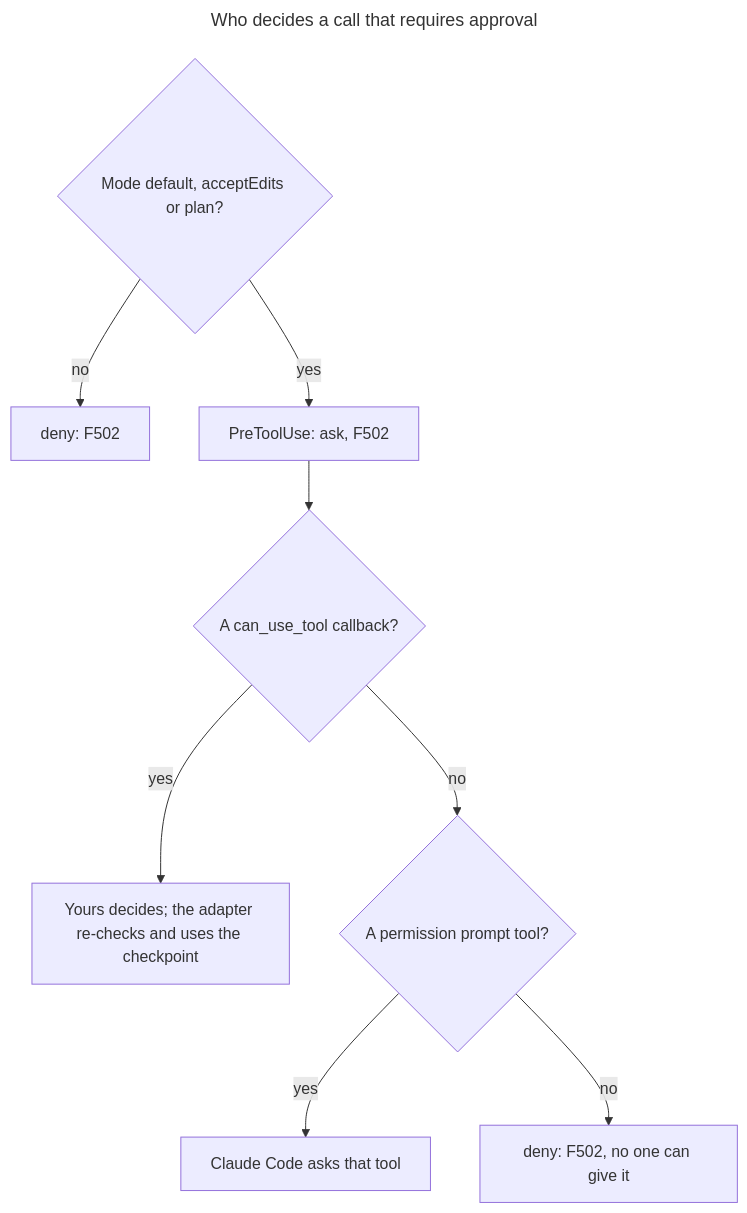
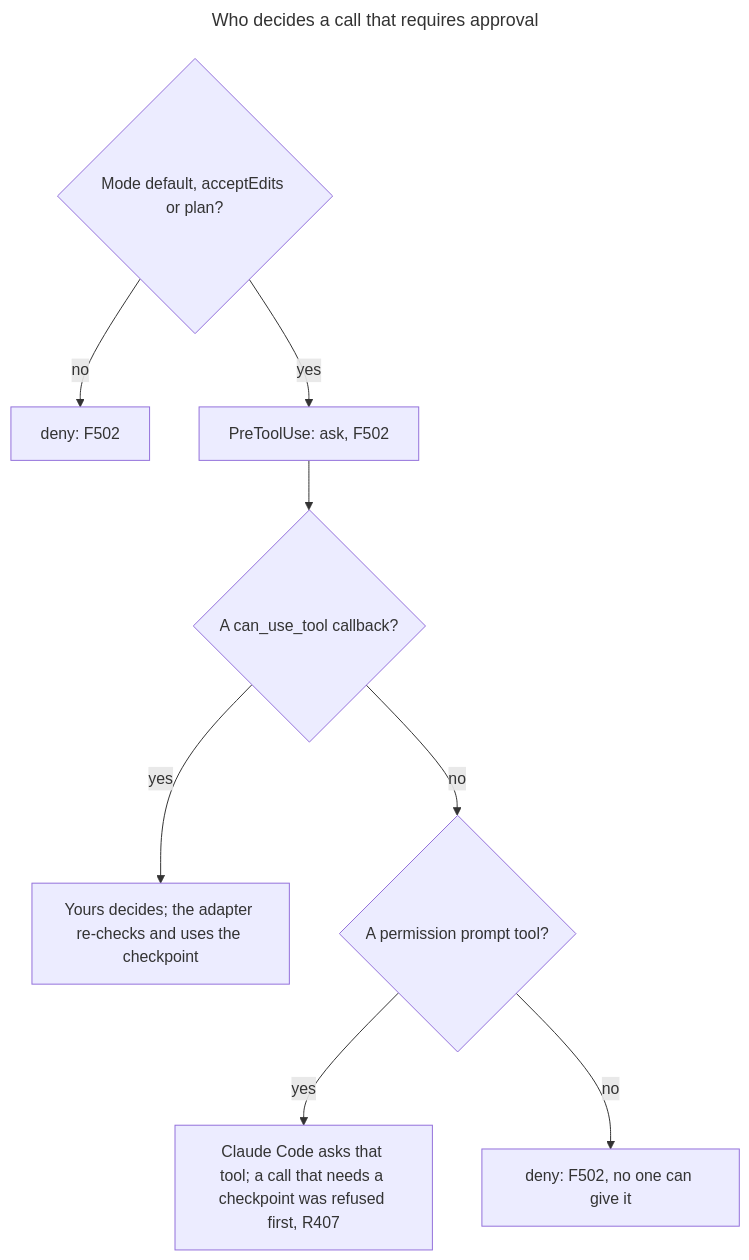
Before and after one commit to synaptiai/agent-capability-standard: the fifth of 8 diagrams in docs/integrations/claude_agent_sdk.md, drawn with Mermaid. The commit also changed other lines of this file and 19 other files, not shown here.

First line of the commit message:
fix(sdk): close security round 1's third batch on the adapter's scope, composites and approval

````diff
--- a/docs/integrations/claude_agent_sdk.md
+++ b/docs/integrations/claude_agent_sdk.md
@@ -431,14 +433,14 @@
 ```mermaid
 ---
 title: Who decides a call that requires approval
 ---
 flowchart TB
-  accDescr: In permission modes default, acceptEdits and plan, PreToolUse answers ask with F502; in any other mode it refuses with F502. If the wrapped options have a can_use_tool callback, the adapter's callback checks the checkpoint, calls yours, re-checks changed arguments and uses the checkpoint at the allow; anything but an allow is F502 and releases the hold. A permission prompt tool decides when there is one. With neither, the call is refused with F502.
+  accDescr: In permission modes default, acceptEdits and plan, PreToolUse answers ask with F502; in any other mode it refuses with F502. If the wrapped options have a can_use_tool callback, the adapter's callback checks the checkpoint, calls yours, refuses a decision later than the binding's approval.expires, re-checks changed arguments and uses the checkpoint at the allow; anything but an allow is F502 and releases the hold. A permission prompt tool decides when there is one, a call that needs no checkpoint and whose binding sets no expiry. With neither, the call is refused with F502.
   mode{"Mode default, acceptEdits or plan?"} -->|no| f502["deny: F502"]
   mode -->|yes| ask["PreToolUse: ask, F502"]
   ask --> q1{"A can_use_tool callback?"}
   q1 -->|yes| cb["Yours decides; the adapter re-checks and uses the checkpoint"]
   q1 -->|no| q2{"A permission prompt tool?"}
-  q2 -->|yes| ppt["Claude Code asks that tool"]
+  q2 -->|yes| ppt["Claude Code asks that tool; a call that needs a checkpoint was refused first, R407"]
   q2 -->|no| none["deny: F502, no one can give it"]
 ```
````
